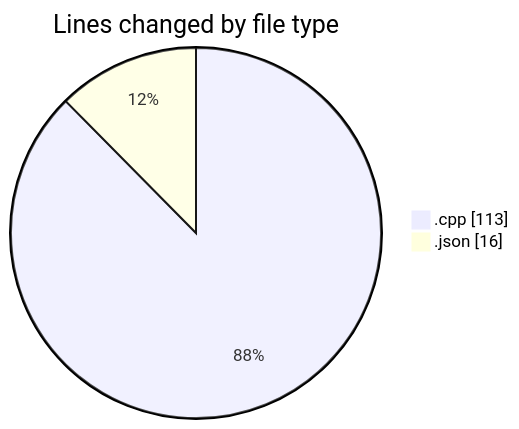
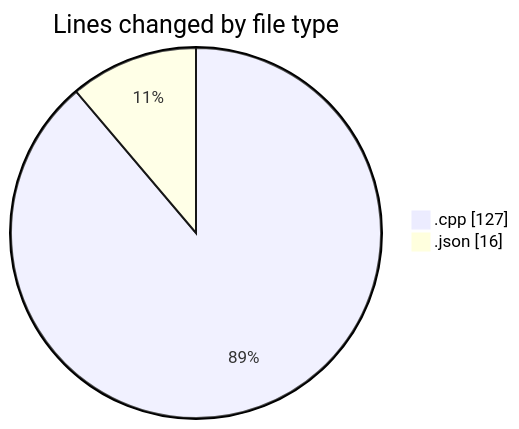
The first of 2 diagrams in 2025-04-27/date/README.md (Netris89/code-tracking), drawn with Mermaid before and after one commit. The commit also changed other lines of this file and 1 other file, not shown here.

````diff
--- a/2025-04-27/date/README.md
+++ b/2025-04-27/date/README.md
@@ -21,6 +22,6 @@
 ```mermaid
 pie showData
 title Lines changed by file type
-".cpp" : 113
+".cpp" : 127
 ".json" : 16
 ```
````
